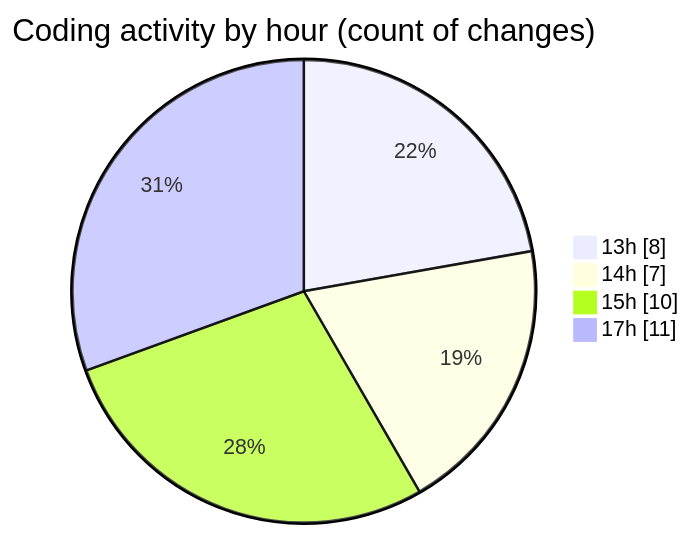
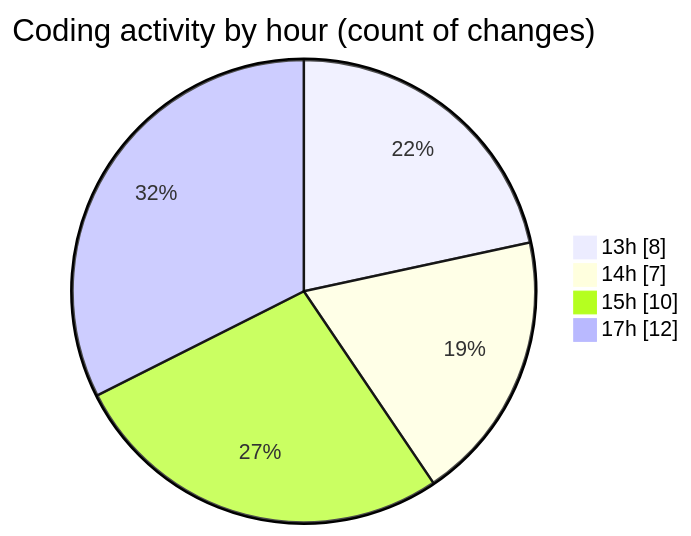
One commit to BS-eng2023/code-tracking changed the second of 2 diagrams in 2025-04-03/jsvms/README.md. Above: the diagram before and after it, drawn with Mermaid. The commit also changed other lines of this file and 1 other file, not shown here.

````diff
--- a/2025-04-03/jsvms/README.md
+++ b/2025-04-03/jsvms/README.md
@@ -39,8 +39,8 @@
 ```mermaid
 pie showData
 title Coding activity by hour (count of changes)
 "13h" : 8
 "14h" : 7
 "15h" : 10
-"17h" : 11
+"17h" : 12
 ```
````
